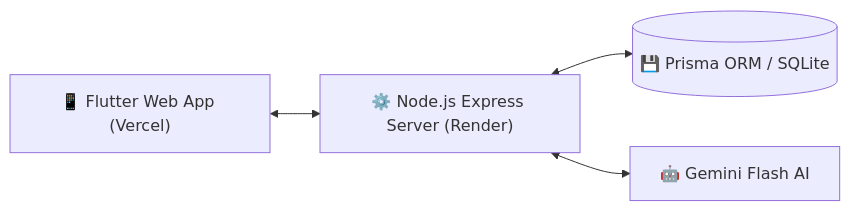
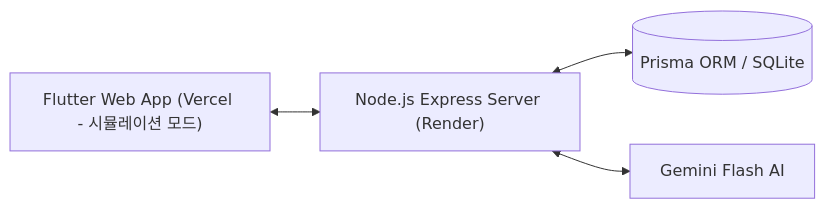
One commit to yelimk/bpace changed the first of 2 diagrams in README.md. Above: the diagram before and after it, drawn with Mermaid. The commit also changed other lines of this file, not shown here.

Commit message:
docs: add web simulation note and remove emojis in README

````diff
--- a/README.md
+++ b/README.md
@@ -133,6 +135,6 @@
 ```mermaid
 graph LR
-    Client["📱 Flutter Web App (Vercel)"] <--> Server["⚙️ Node.js Express Server (Render)"]
-    Server <--> DB[(💾 Prisma ORM / SQLite)]
-    Server <--> AI["🤖 Gemini Flash AI"]
+    Client["Flutter Web App (Vercel - 시뮬레이션 모드)"] <--> Server["Node.js Express Server (Render)"]
+    Server <--> DB[(Prisma ORM / SQLite)]
+    Server <--> AI["Gemini Flash AI"]
 ```
````
